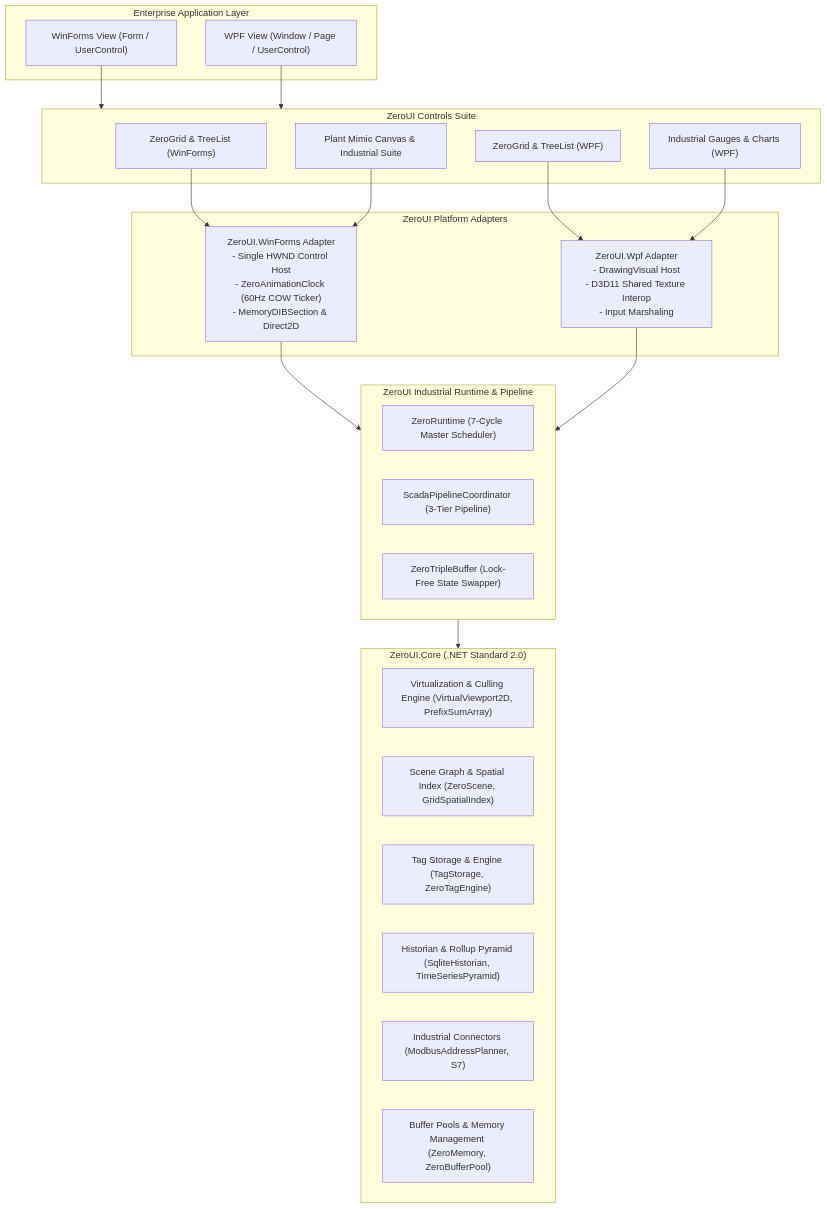
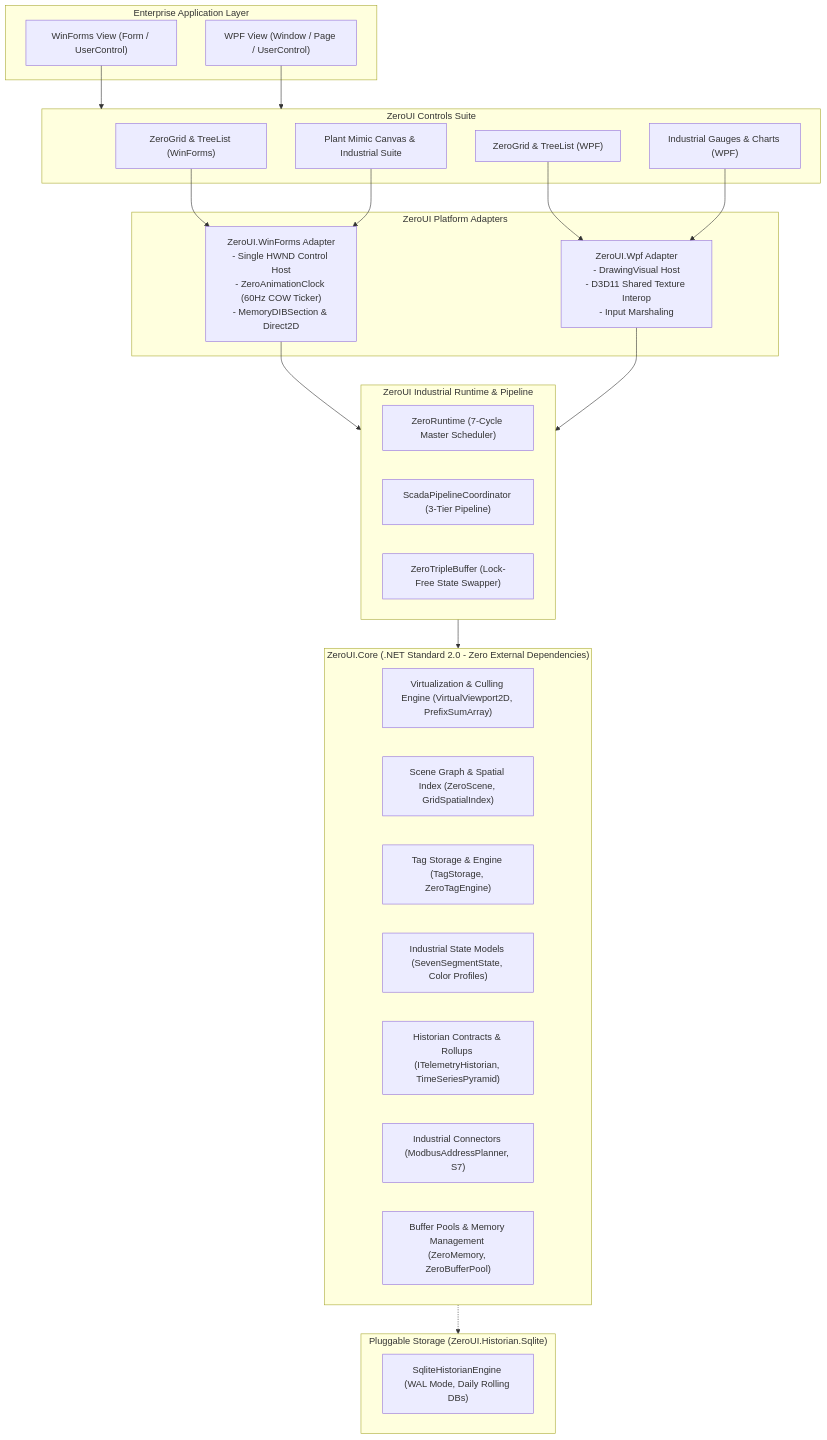
The first of 2 diagrams in docs/architecture/system-architecture.md (kzxl/ZeroUI), drawn with Mermaid before and after one commit. The commit also changed other lines of this file and 8 other files, not shown here.

Commit message:
docs: modernize architecture, package matrix, control catalog, and parity standards

````diff
--- a/docs/architecture/system-architecture.md
+++ b/docs/architecture/system-architecture.md
@@ -7,44 +7,50 @@
 ```mermaid
 graph TD
     subgraph ClientApp["Enterprise Application Layer"]
         AppWinForms["WinForms View (Form / UserControl)"]
         AppWPF["WPF View (Window / Page / UserControl)"]
     end
 
     subgraph ControlsLayer["ZeroUI Controls Suite"]
         ZG_WF["ZeroGrid & TreeList (WinForms)"]
         SCADA_WF["Plant Mimic Canvas & Industrial Suite"]
         ZG_WPF["ZeroGrid & TreeList (WPF)"]
         SCADA_WPF["Industrial Gauges & Charts (WPF)"]
     end
 
     subgraph AdapterLayer["ZeroUI Platform Adapters"]
         WF_Adapter["ZeroUI.WinForms Adapter<br/>- Single HWND Control Host<br/>- ZeroAnimationClock (60Hz COW Ticker)<br/>- MemoryDIBSection & Direct2D"]
         WPF_Adapter["ZeroUI.Wpf Adapter<br/>- DrawingVisual Host<br/>- D3D11 Shared Texture Interop<br/>- Input Marshaling"]
     end
 
     subgraph RuntimeLayer["ZeroUI Industrial Runtime & Pipeline"]
         Runtime["ZeroRuntime (7-Cycle Master Scheduler)"]
         Pipeline["ScadaPipelineCoordinator (3-Tier Pipeline)"]
         TripleBuf["ZeroTripleBuffer<T> (Lock-Free State Swapper)"]
     end
 
-    subgraph CoreLayer["ZeroUI.Core (.NET Standard 2.0)"]
+    subgraph CoreLayer["ZeroUI.Core (.NET Standard 2.0 - Zero External Dependencies)"]
         VEngine["Virtualization & Culling Engine (VirtualViewport2D, PrefixSumArray)"]
         SceneGraph["Scene Graph & Spatial Index (ZeroScene, GridSpatialIndex)"]
         DataEngine["Tag Storage & Engine (TagStorage, ZeroTagEngine)"]
-        HistorianEngine["Historian & Rollup Pyramid (SqliteHistorian, TimeSeriesPyramid)"]
+        IndustrialState["Industrial State Models (SevenSegmentState, Color Profiles)"]
+        HistorianEngine["Historian Contracts & Rollups (ITelemetryHistorian, TimeSeriesPyramid)"]
         Comms["Industrial Connectors (ModbusAddressPlanner, S7)"]
         MemPool["Buffer Pools & Memory Management (ZeroMemory, ZeroBufferPool)"]
+    end
+
+    subgraph HistorianStorage["Pluggable Storage (ZeroUI.Historian.Sqlite)"]
+        SqliteEngine["SqliteHistorianEngine (WAL Mode, Daily Rolling DBs)"]
     end
 
     AppWinForms --> ControlsLayer
     AppWPF --> ControlsLayer
     ZG_WF --> WF_Adapter
     SCADA_WF --> WF_Adapter
     ZG_WPF --> WPF_Adapter
     SCADA_WPF --> WPF_Adapter
     WF_Adapter --> RuntimeLayer
     WPF_Adapter --> RuntimeLayer
     RuntimeLayer --> CoreLayer
+    CoreLayer -.-> HistorianStorage
 ```
````
